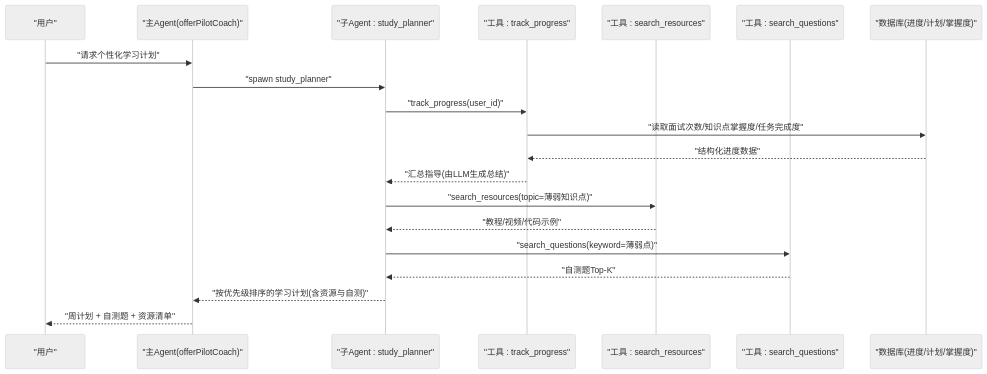
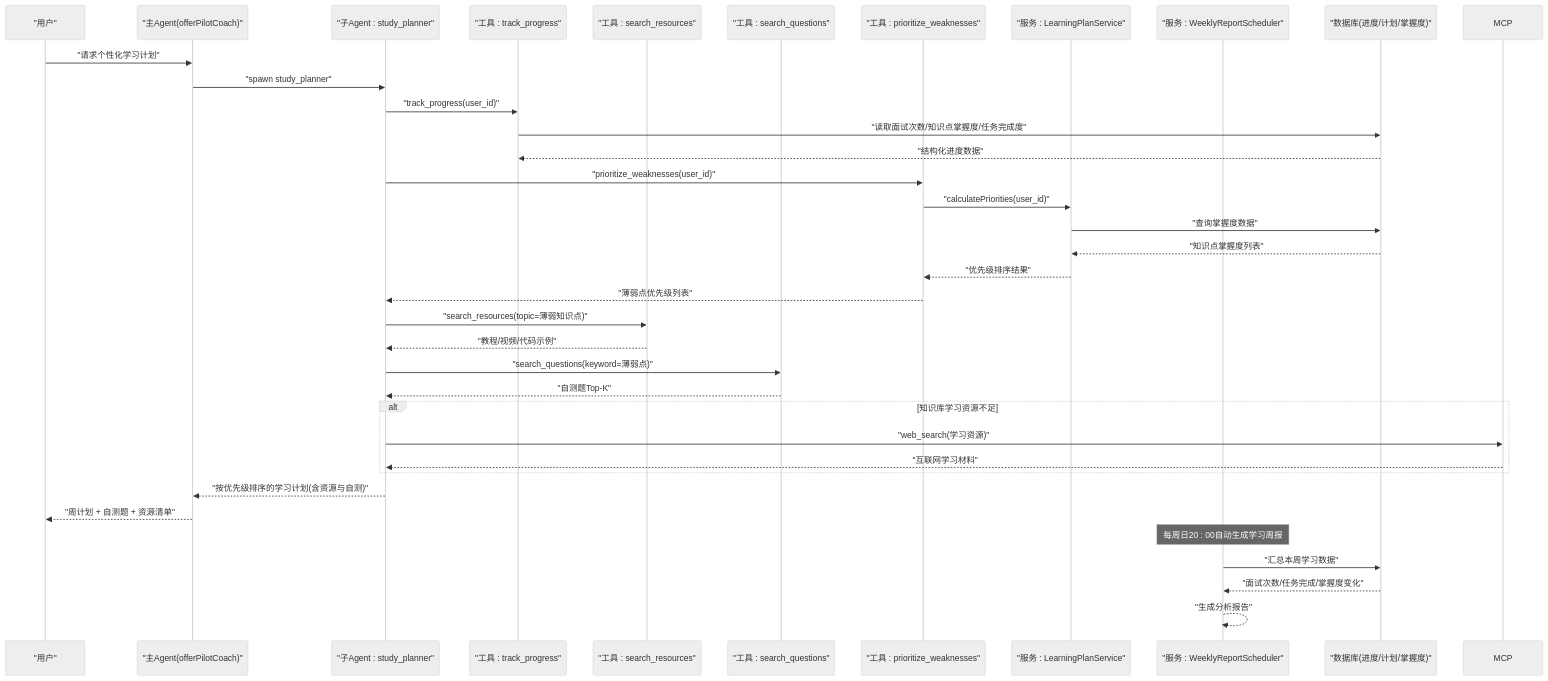
One commit to Miss-zhi/OfferPilot changed the fifth of 6 diagrams in .qoder/repowiki/zh/content/六大核心求职环节 Agent 交互时序.md. Above: the diagram before and after it, drawn with Mermaid (neutral theme). The commit also changed other lines of this file and 206 other files, not shown here.

````diff
--- a/.qoder/repowiki/zh/content/六大核心求职环节 Agent 交互时序.md
+++ b/.qoder/repowiki/zh/content/六大核心求职环节 Agent 交互时序.md
@@ -202,22 +251,38 @@
 ```mermaid
 sequenceDiagram
 participant U as "用户"
 participant C as "主Agent(offerPilotCoach)"
 participant SP as "子Agent : study_planner"
 participant TP as "工具 : track_progress"
 participant RS as "工具 : search_resources"
 participant QS as "工具 : search_questions"
+participant PR as "工具 : prioritize_weaknesses"
+participant LP as "服务 : LearningPlanService"
+participant WR as "服务 : WeeklyReportScheduler"
 participant DB as "数据库(进度/计划/掌握度)"
 U->>C : "请求个性化学习计划"
 C->>SP : "spawn study_planner"
 SP->>TP : "track_progress(user_id)"
 TP->>DB : "读取面试次数/知识点掌握度/任务完成度"
 DB-->>TP : "结构化进度数据"
-TP-->>SP : "汇总指导(由LLM生成总结)"
+SP->>PR : "prioritize_weaknesses(user_id)"
+PR->>LP : "calculatePriorities(user_id)"
+LP->>DB : "查询掌握度数据"
+DB-->>LP : "知识点掌握度列表"
+LP-->>PR : "优先级排序结果"
+PR-->>SP : "薄弱点优先级列表"
 SP->>RS : "search_resources(topic=薄弱知识点)"
 RS-->>SP : "教程/视频/代码示例"
 SP->>QS : "search_questions(keyword=薄弱点)"
 QS-->>SP : "自测题Top-K"
+alt 知识库学习资源不足
+SP->>MCP : "web_search(学习资源)"
+MCP-->>SP : "互联网学习材料"
+end
 SP-->>C : "按优先级排序的学习计划(含资源与自测)"
 C-->>U : "周计划 + 自测题 + 资源清单"
+Note over WR : 每周日20 : 00自动生成学习周报
+WR->>DB : "汇总本周学习数据"
+DB-->>WR : "面试次数/任务完成/掌握度变化"
+WR-->>WR : "生成分析报告"
 ```
````
